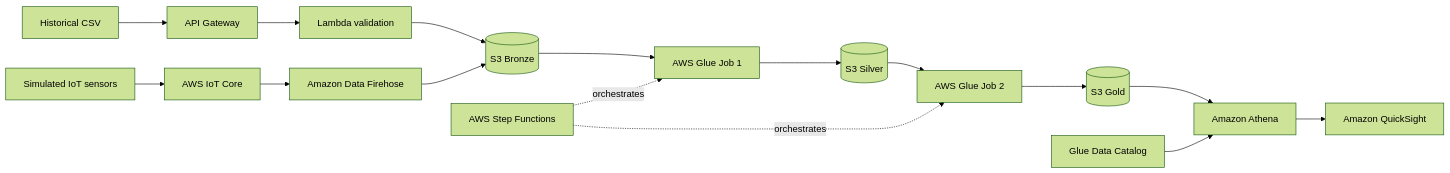
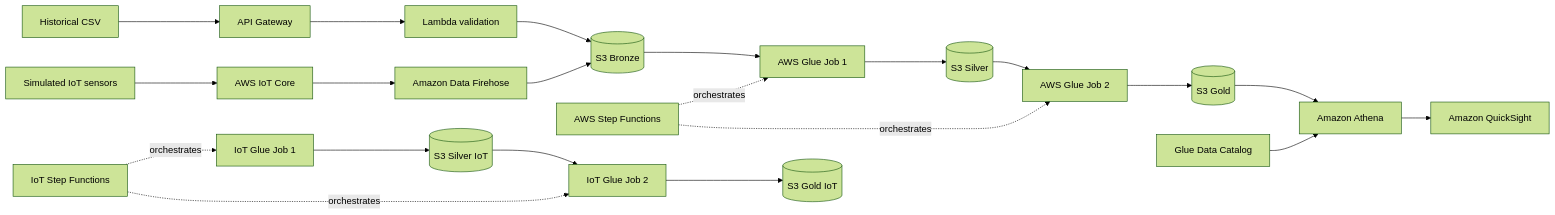
The diagram in docs/architecture.md (Alejoarteaga17/Proyecto-Cafe), drawn with Mermaid (forest theme) before and after one commit. The commit also changed other lines of this file and 22 other files, not shown here.

````diff
--- a/docs/architecture.md
+++ b/docs/architecture.md
@@ -17,18 +17,23 @@
 ```mermaid
 flowchart LR
   CSV[Historical CSV] --> API[API Gateway]
   API --> Lambda[Lambda validation]
   Lambda --> Bronze[(S3 Bronze)]
   Sensors[Simulated IoT sensors] --> IoT[AWS IoT Core]
   IoT --> Firehose[Amazon Data Firehose]
   Firehose --> Bronze
   Bronze --> Job1[AWS Glue Job 1]
   Job1 --> Silver[(S3 Silver)]
   Silver --> Job2[AWS Glue Job 2]
   Job2 --> Gold[(S3 Gold)]
   SF[AWS Step Functions] -. orchestrates .-> Job1
   SF -. orchestrates .-> Job2
+  IotJob1[IoT Glue Job 1] --> IotSilver[(S3 Silver IoT)]
+  IotSilver --> IotJob2[IoT Glue Job 2]
+  IotJob2 --> IotGold[(S3 Gold IoT)]
+  IotSF[IoT Step Functions] -. orchestrates .-> IotJob1
+  IotSF -. orchestrates .-> IotJob2
   Gold --> Athena[Amazon Athena]
   Catalog[Glue Data Catalog] --> Athena
   Athena --> QS[Amazon QuickSight]
 ```
````
